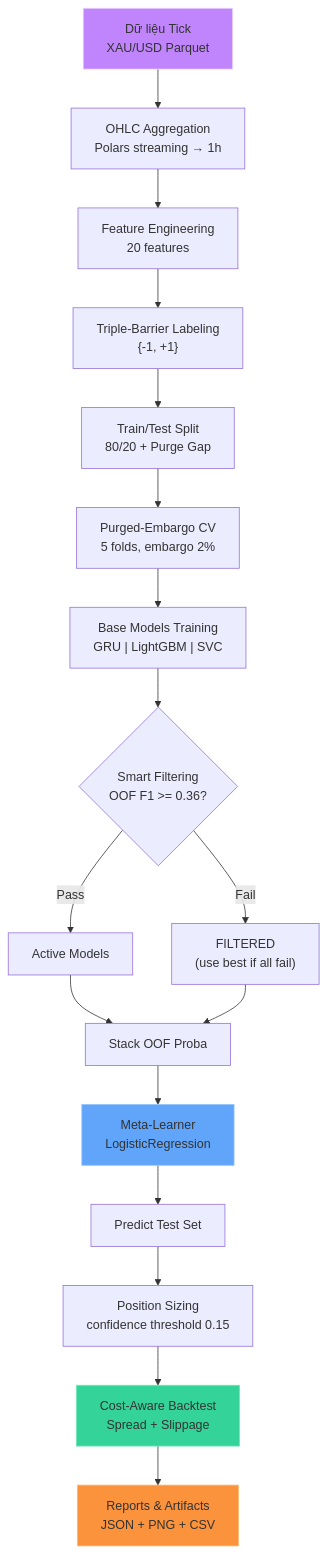
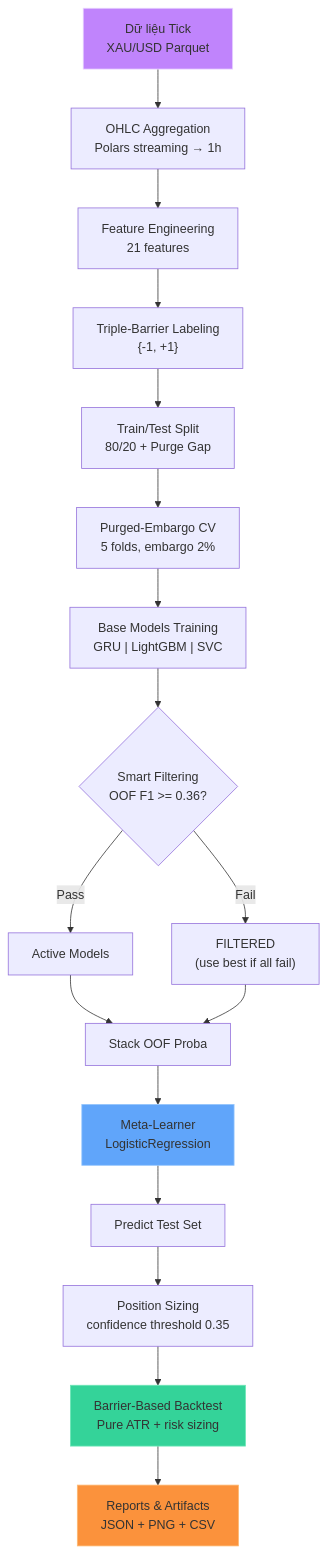
The first of 2 diagrams in docs/architecture-overview.md (ultimateBroK/thesis-compact), drawn with Mermaid before and after one commit. The commit also changed other lines of this file and 7 other files, not shown here.

````diff
--- a/docs/architecture-overview.md
+++ b/docs/architecture-overview.md
@@ -9,24 +9,24 @@
 ```mermaid
 flowchart TD
     A["Dữ liệu Tick<br/>XAU/USD Parquet"] --> B["OHLC Aggregation<br/>Polars streaming → 1h"]
-    B --> C["Feature Engineering<br/>20 features"]
+    B --> C["Feature Engineering<br/>21 features"]
     C --> D["Triple-Barrier Labeling<br/>{-1, +1}"]
     D --> E["Train/Test Split<br/>80/20 + Purge Gap"]
     E --> F["Purged-Embargo CV<br/>5 folds, embargo 2%"]
     F --> G["Base Models Training<br/>GRU | LightGBM | SVC"]
     G --> H{"Smart Filtering<br/>OOF F1 >= 0.36?"}
     H -->|"Pass"| I["Active Models"]
     H -->|"Fail"| J["FILTERED<br/>(use best if all fail)"]
     I --> K["Stack OOF Proba"]
     J --> K
     K --> L["Meta-Learner<br/>LogisticRegression"]
     L --> M["Predict Test Set"]
-    M --> N["Position Sizing<br/>confidence threshold 0.15"]
-    N --> O["Cost-Aware Backtest<br/>Spread + Slippage"]
+    M --> N["Position Sizing<br/>confidence threshold 0.35"]
+    N --> O["Barrier-Based Backtest<br/>Pure ATR + risk sizing"]
     O --> P["Reports & Artifacts<br/>JSON + PNG + CSV"]
 
     style A fill:#c084fc,stroke:#e9d5ff
     style L fill:#60a5fa,stroke:#93c5fd
     style O fill:#34d399,stroke:#6ee7b7
     style P fill:#fb923c,stroke:#fdba74
 ```
````
